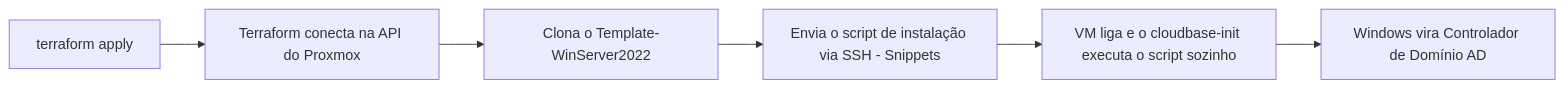
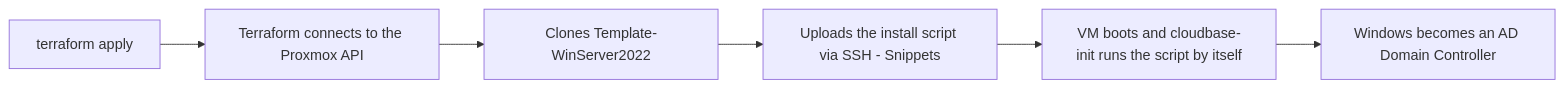
One commit to Ch1c4n0/Provision-Active-Directory-on-Proxmox-with-Terraform changed the diagram in README.md. Above: the diagram before and after it, drawn with Mermaid. The commit also changed other lines of this file and 3 other files, not shown here.

````diff
--- a/README.md
+++ b/README.md
@@ -47,8 +47,8 @@
 ```mermaid
 flowchart LR
-    A[terraform apply] --> B[Terraform conecta na API do Proxmox]
-    B --> C[Clona o Template-WinServer2022]
-    C --> D[Envia o script de instalação via SSH - Snippets]
-    D --> E[VM liga e o cloudbase-init executa o script sozinho]
-    E --> F[Windows vira Controlador de Domínio AD]
+    A[terraform apply] --> B[Terraform connects to the Proxmox API]
+    B --> C[Clones Template-WinServer2022]
+    C --> D[Uploads the install script via SSH - Snippets]
+    D --> E[VM boots and cloudbase-init runs the script by itself]
+    E --> F[Windows becomes an AD Domain Controller]
 ```
````
